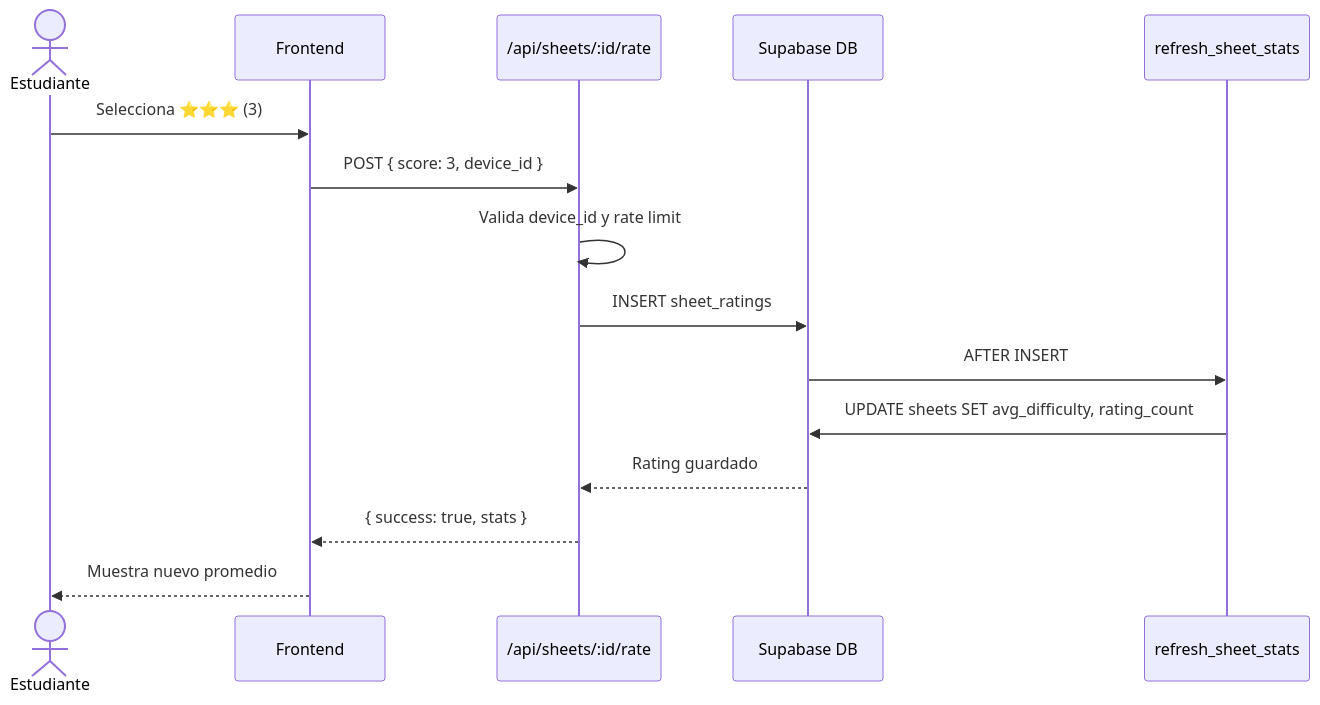
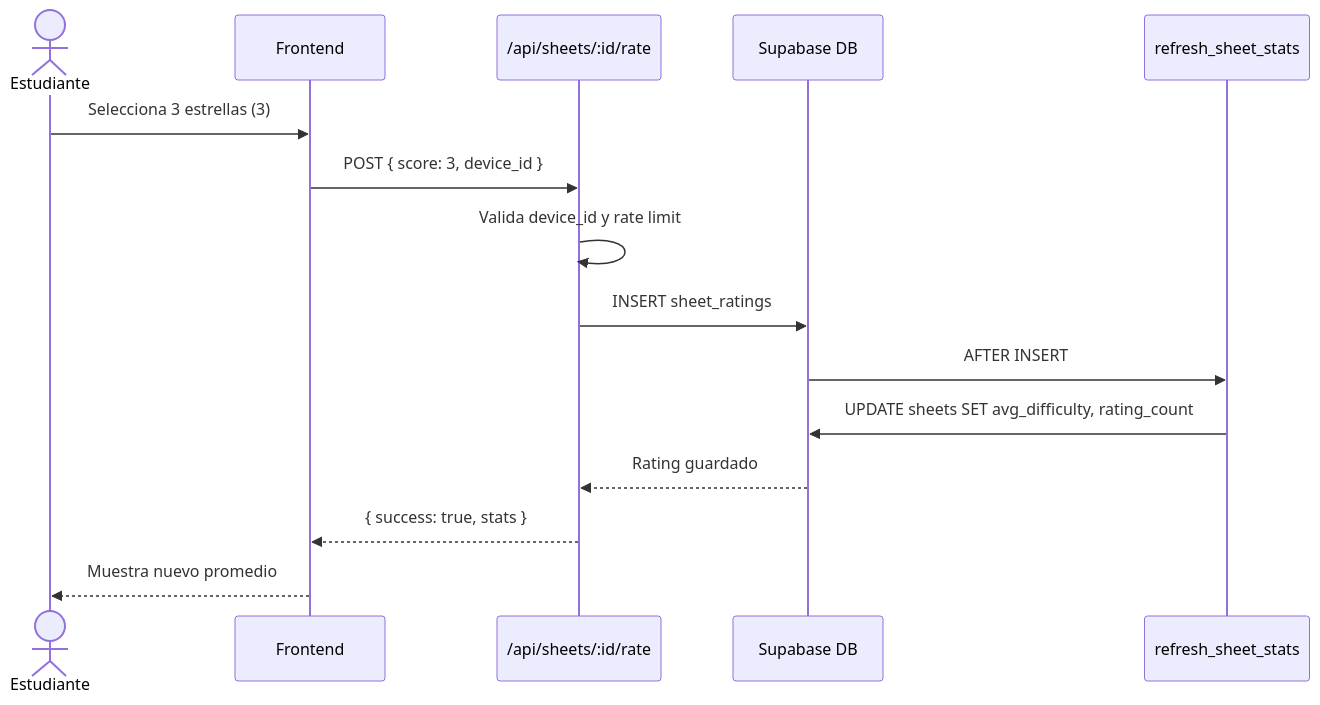
One commit to ccUnicode/TrikaWeb changed the third of 10 diagrams in docs/flujos.md. Above: the diagram before and after it, drawn with Mermaid. The commit also changed other lines of this file and 5 other files, not shown here.

````diff
--- a/docs/flujos.md
+++ b/docs/flujos.md
@@ -62,18 +62,18 @@
 ```mermaid
 sequenceDiagram
     actor User as Estudiante
     participant UI as Frontend
     participant API as /api/sheets/:id/rate
     participant DB as Supabase DB
     participant Trigger as refresh_sheet_stats
     
-    User->>UI: Selecciona ⭐⭐⭐ (3)
+    User->>UI: Selecciona 3 estrellas (3)
     UI->>API: POST { score: 3, device_id }
     API->>API: Valida device_id y rate limit
     API->>DB: INSERT sheet_ratings
     DB->>Trigger: AFTER INSERT
     Trigger->>DB: UPDATE sheets SET avg_difficulty, rating_count
     DB-->>API: Rating guardado
     API-->>UI: { success: true, stats }
     UI-->>User: Muestra nuevo promedio
 ```
````
